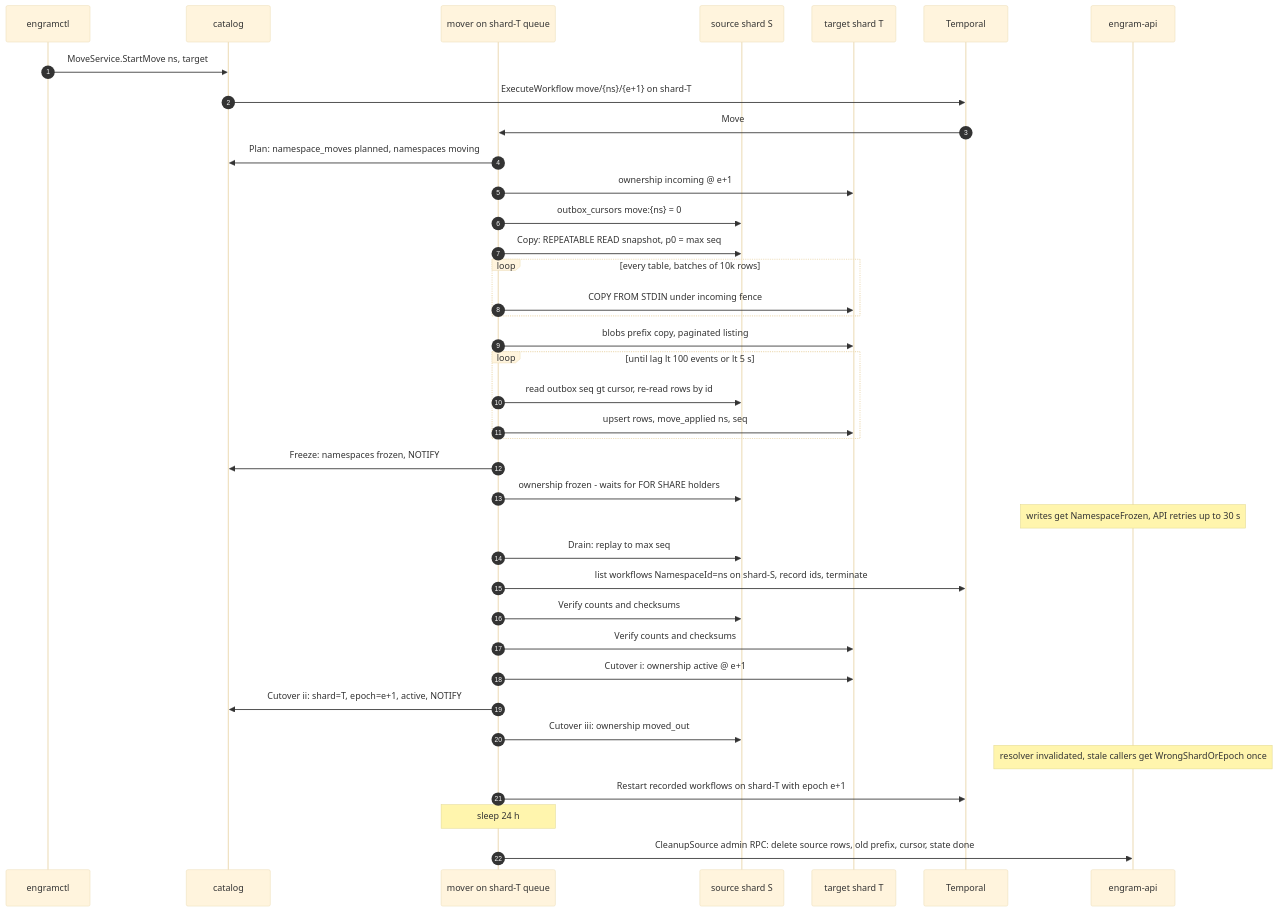
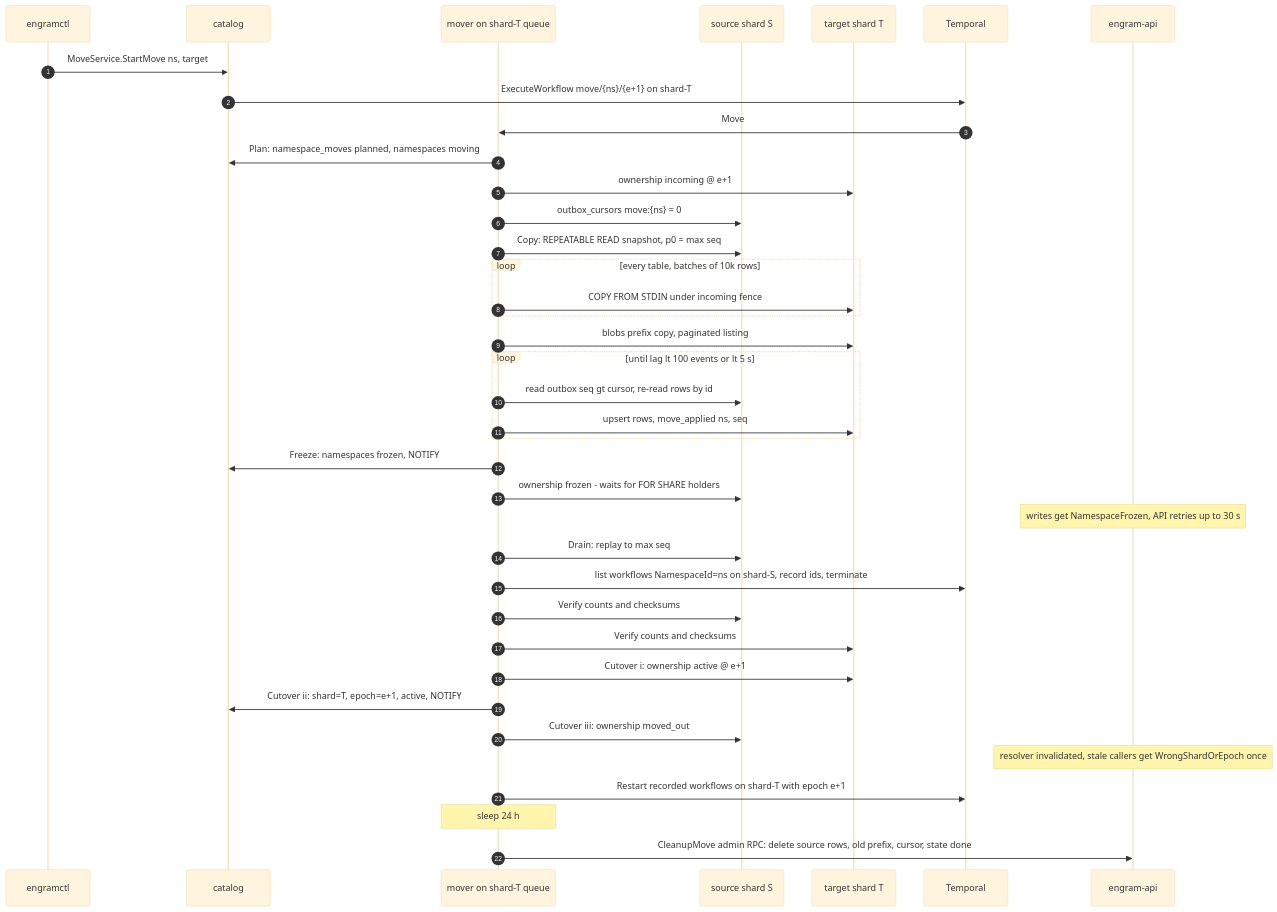
Before and after one commit to gstamatakis95/agent-memory-benchmark: the fifth of 6 diagrams in plans/engram/sections/05-pipelines.md, drawn with Mermaid (base theme). The commit also changed other lines of this file and 16 other files, not shown here.

````diff
--- a/plans/engram/sections/05-pipelines.md
+++ b/plans/engram/sections/05-pipelines.md
@@ -1205,40 +1222,40 @@
 ```mermaid
 sequenceDiagram
   autonumber
   participant OP as engramctl
   participant CAT as catalog
   participant M as mover on shard-T queue
   participant SRC as source shard S
   participant DST as target shard T
   participant TMP as Temporal
   participant API as engram-api
  OP->>CAT: MoveService.StartMove ns, target
   CAT->>TMP: ExecuteWorkflow move/{ns}/{e+1} on shard-T
   TMP->>M: Move
   M->>CAT: Plan: namespace_moves planned, namespaces moving
   M->>DST: ownership incoming @ e+1
   M->>SRC: outbox_cursors move:{ns} = 0
  M->>SRC: Copy: REPEATABLE READ snapshot, p0 = max seq
   loop every table, batches of 10k rows
     M->>DST: COPY FROM STDIN under incoming fence
   end
   M->>DST: blobs prefix copy, paginated listing
   loop until lag lt 100 events or lt 5 s
     M->>SRC: read outbox seq gt cursor, re-read rows by id
  M->>DST: upsert rows, move_applied ns, seq
   end
   M->>CAT: Freeze: namespaces frozen, NOTIFY
  M->>SRC: ownership frozen - waits for FOR SHARE holders
   Note over API: writes get NamespaceFrozen, API retries up to 30 s
  M->>SRC: Drain: replay to max seq
   M->>TMP: list workflows NamespaceId=ns on shard-S, record ids, terminate
   M->>SRC: Verify counts and checksums
   M->>DST: Verify counts and checksums
   M->>DST: Cutover i: ownership active @ e+1
   M->>CAT: Cutover ii: shard=T, epoch=e+1, active, NOTIFY
   M->>SRC: Cutover iii: ownership moved_out
   Note over API: resolver invalidated, stale callers get WrongShardOrEpoch once
   M->>TMP: Restart recorded workflows on shard-T with epoch e+1
   Note over M: sleep 24 h
-  M->>API: CleanupSource admin RPC: delete source rows, old prefix, cursor, state done
+  M->>API: CleanupMove admin RPC: delete source rows, old prefix, cursor, state done
 ```
````
